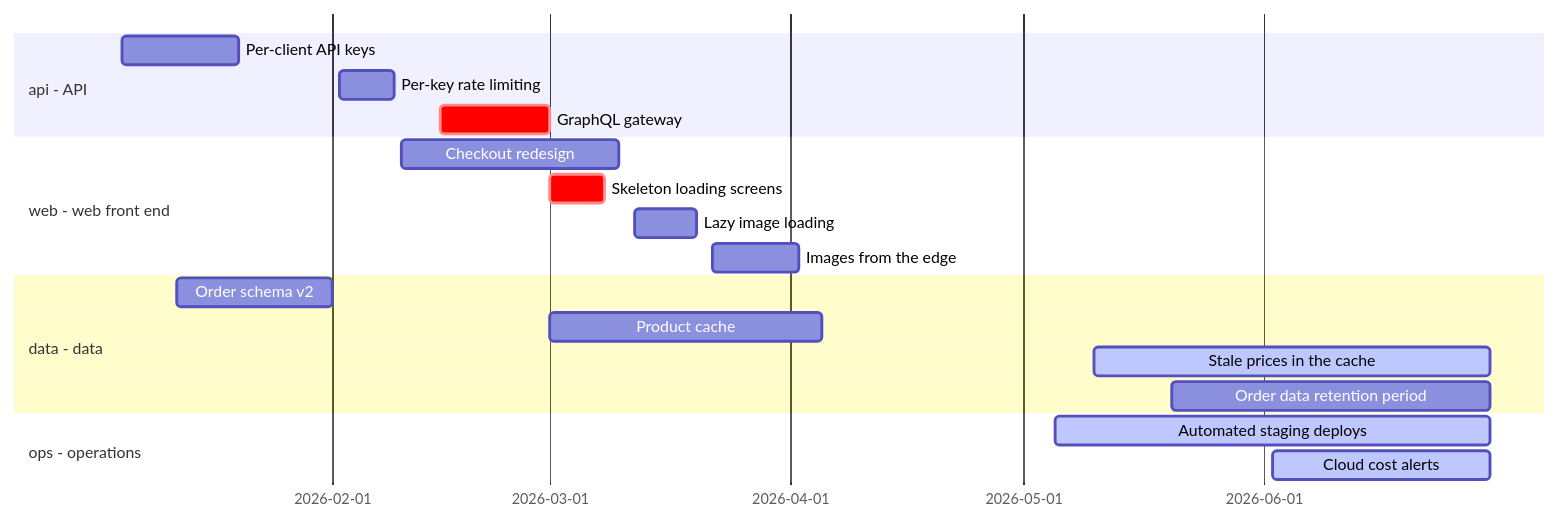
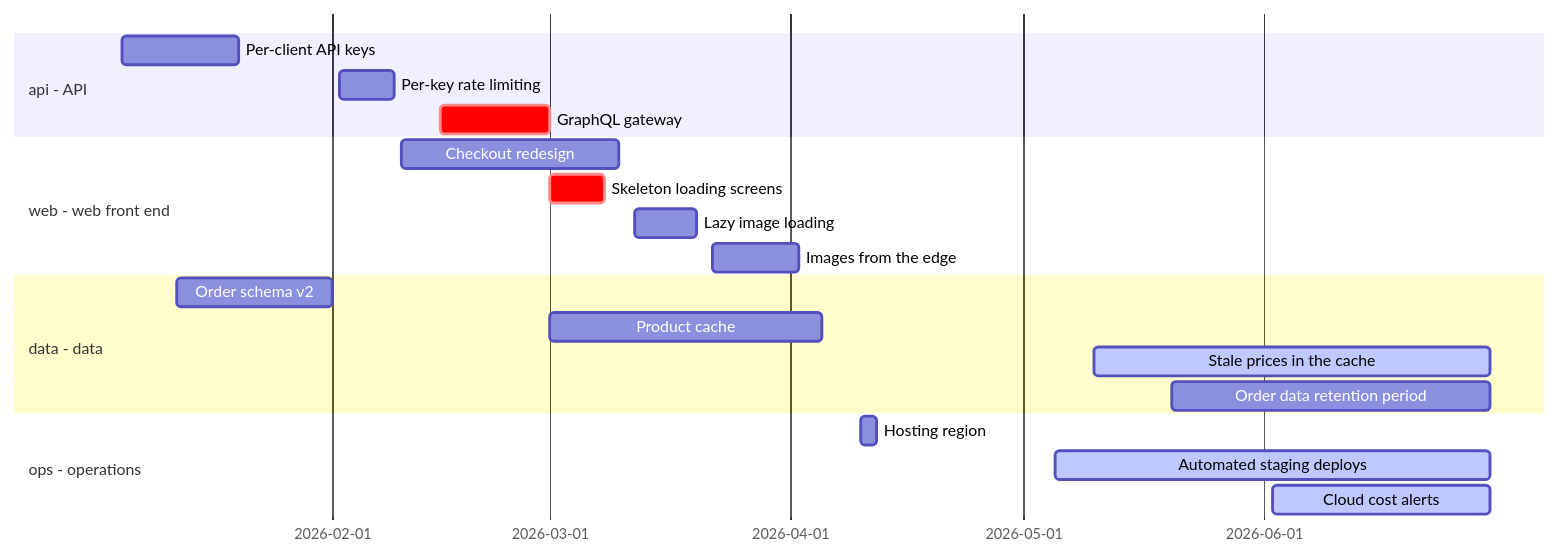
Before and after one commit to lhns/design-skills: the diagram in skills/tech-tree/scripts/tests/clean/roadmap/timeline.md, drawn with Mermaid. The commit also changed 19 other files, not shown here.

````diff
--- a/skills/tech-tree/scripts/tests/clean/roadmap/timeline.md
+++ b/skills/tech-tree/scripts/tests/clean/roadmap/timeline.md
@@ -10,22 +10,23 @@
 ```mermaid
 gantt
     dateFormat YYYY-MM-DD
     axisFormat %Y-%m-%d
     section api - API
     Per-client API keys :api_auth_keys, 2026-01-05, 2026-01-20
     Per-key rate limiting :api_rate_limit, 2026-02-02, 2026-02-09
     GraphQL gateway :crit, api_graphql_gateway, 2026-02-15, 2026-03-01
     section web - web front end
     Checkout redesign :web_checkout_redesign, 2026-02-10, 2026-03-10
     Skeleton loading screens :crit, web_skeleton_loader, 2026-03-01, 2026-03-08
     Lazy image loading :web_image_lazyload, 2026-03-12, 2026-03-20
     Images from the edge :web_image_cdn, 2026-03-22, 2026-04-02
     section data - data
     Order schema v2 :data_schema_v2, 2026-01-12, 2026-02-01
     Product cache :data_cache_layer, 2026-03-01, 2026-04-05
     Stale prices in the cache :active, data_stale_cache, 2026-05-10, 2026-06-30
     Order data retention period :data_retention_policy, 2026-05-20, 2026-06-30
     section ops - operations
+    Hosting region :ops_region_choice, 2026-04-10, 2026-04-12
     Automated staging deploys :active, ops_staging_deploy, 2026-05-05, 2026-06-30
     Cloud cost alerts :active, ops_cost_alerts, 2026-06-02, 2026-06-30
 ```
````
